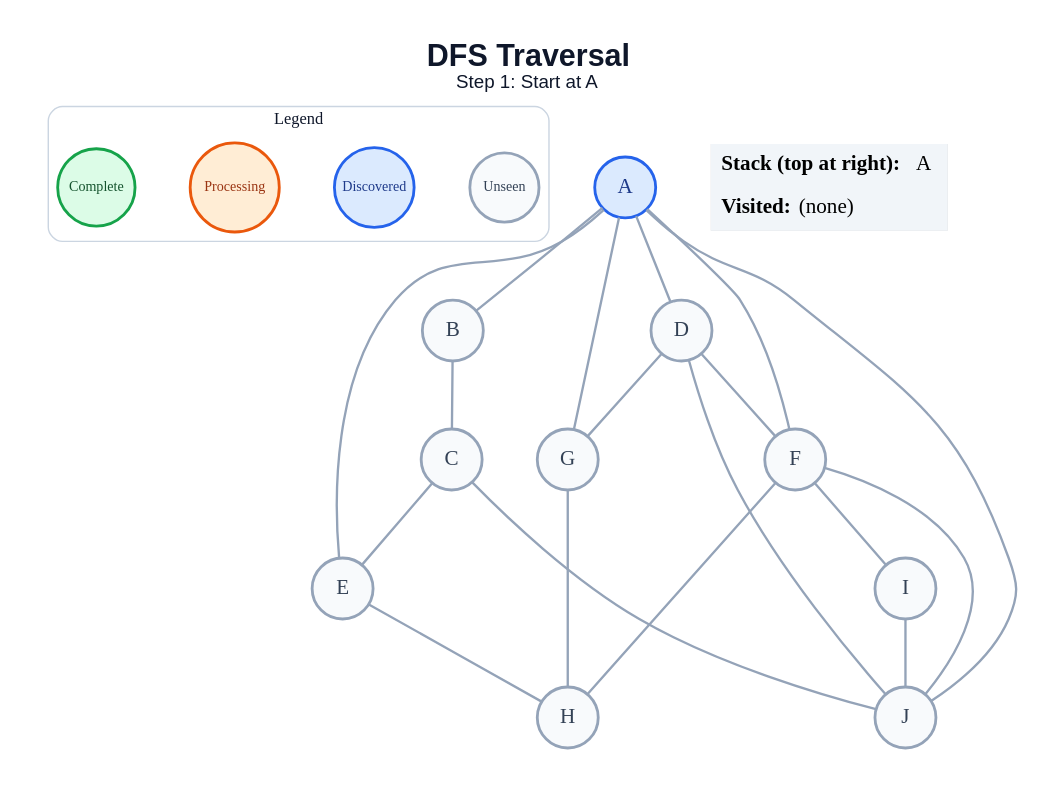
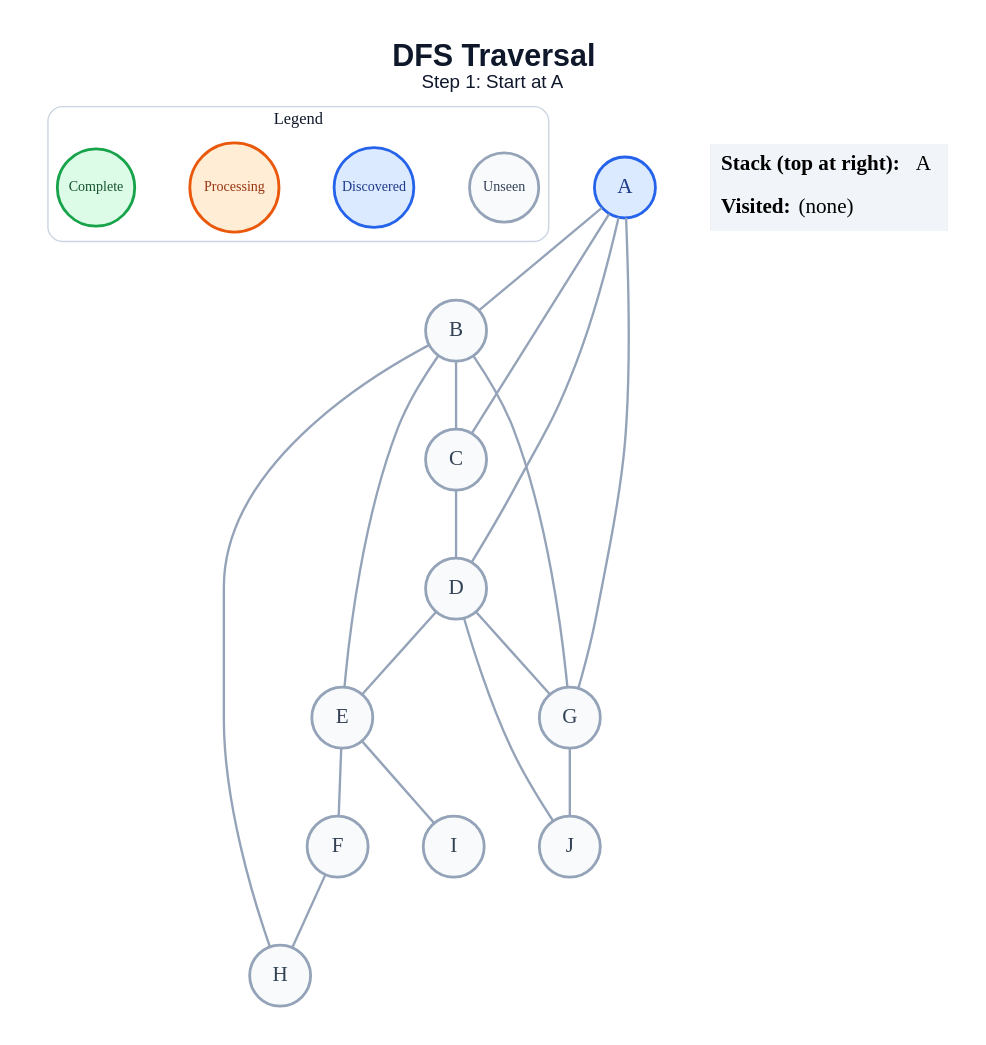
One commit to amanghodawala9/ai-slop changed the diagram in generated/dfs/step_01.dot. Above: the diagram before and after it, drawn with Graphviz. The commit also changed 178 other files, not shown here.

```diff
--- a/generated/dfs/step_01.dot
+++ b/generated/dfs/step_01.dot
@@ -1,47 +1,45 @@
 graph traversal {
   graph [layout=dot, rankdir=TB, bgcolor="#FFFFFF", pad="0.35", nodesep="0.65", ranksep="0.8", fontname="Arial"];
   node [shape=circle, style="filled", fontname="Arial Bold", fontsize=18, width=0.72, fixedsize=true, penwidth=2.4];
   edge [color="#94A3B8", penwidth=2.0];
   label=<<B>DFS Traversal</B><BR/><FONT POINT-SIZE="16">Step 1: Start at A</FONT>>; labelloc="t"; fontsize=26; fontname="Arial"; fontcolor="#0F172A";
   subgraph cluster_legend { label="Legend"; color="#CBD5E1"; penwidth=1.2; style="rounded"; fontsize=14; fontname="Arial Bold";
     key_unseen [label="Unseen", fillcolor="#F8FAFC", color="#94A3B8", fontcolor="#334155", fontsize=12, width=0.82];
     key_frontier [label="Discovered", fillcolor="#DBEAFE", color="#2563EB", fontcolor="#1E3A8A", fontsize=12, width=0.95];
     key_current [label="Processing", fillcolor="#FFEDD5", color="#EA580C", fontcolor="#9A3412", fontsize=12, width=1.05];
     key_done [label="Complete", fillcolor="#DCFCE7", color="#16A34A", fontcolor="#14532D", fontsize=12, width=0.92];
     { rank=same; key_unseen; key_frontier; key_current; key_done; }
   }
   A [fillcolor="#DBEAFE", color="#2563EB", fontcolor="#1E3A8A"];
   B [fillcolor="#F8FAFC", color="#94A3B8", fontcolor="#334155"];
   C [fillcolor="#F8FAFC", color="#94A3B8", fontcolor="#334155"];
   D [fillcolor="#F8FAFC", color="#94A3B8", fontcolor="#334155"];
   E [fillcolor="#F8FAFC", color="#94A3B8", fontcolor="#334155"];
   F [fillcolor="#F8FAFC", color="#94A3B8", fontcolor="#334155"];
   G [fillcolor="#F8FAFC", color="#94A3B8", fontcolor="#334155"];
   H [fillcolor="#F8FAFC", color="#94A3B8", fontcolor="#334155"];
   I [fillcolor="#F8FAFC", color="#94A3B8", fontcolor="#334155"];
   J [fillcolor="#F8FAFC", color="#94A3B8", fontcolor="#334155"];
   A -- B;
+  A -- C;
   A -- D;
-  A -- E;
-  A -- F;
   A -- G;
-  A -- J;
   B -- C;
-  C -- E;
-  C -- J;
-  D -- F;
+  B -- E;
+  B -- G;
+  B -- H;
+  C -- D;
+  D -- E;
   D -- G;
   D -- J;
-  E -- H;
+  E -- F;
+  E -- I;
   F -- H;
-  F -- I;
-  F -- J;
-  G -- H;
-  I -- J;
+  G -- J;
   status [shape=plain, fixedsize=false, width=0, height=0, margin=0, label=<
     <TABLE BORDER="0" CELLBORDER="0" CELLPADDING="7" BGCOLOR="#F1F5F9">
       <TR><TD ALIGN="LEFT"><B>Stack (top at right):</B> A</TD></TR>
       <TR><TD ALIGN="LEFT"><B>Visited:</B> (none)</TD></TR>
     </TABLE>
   >];
 }
```
